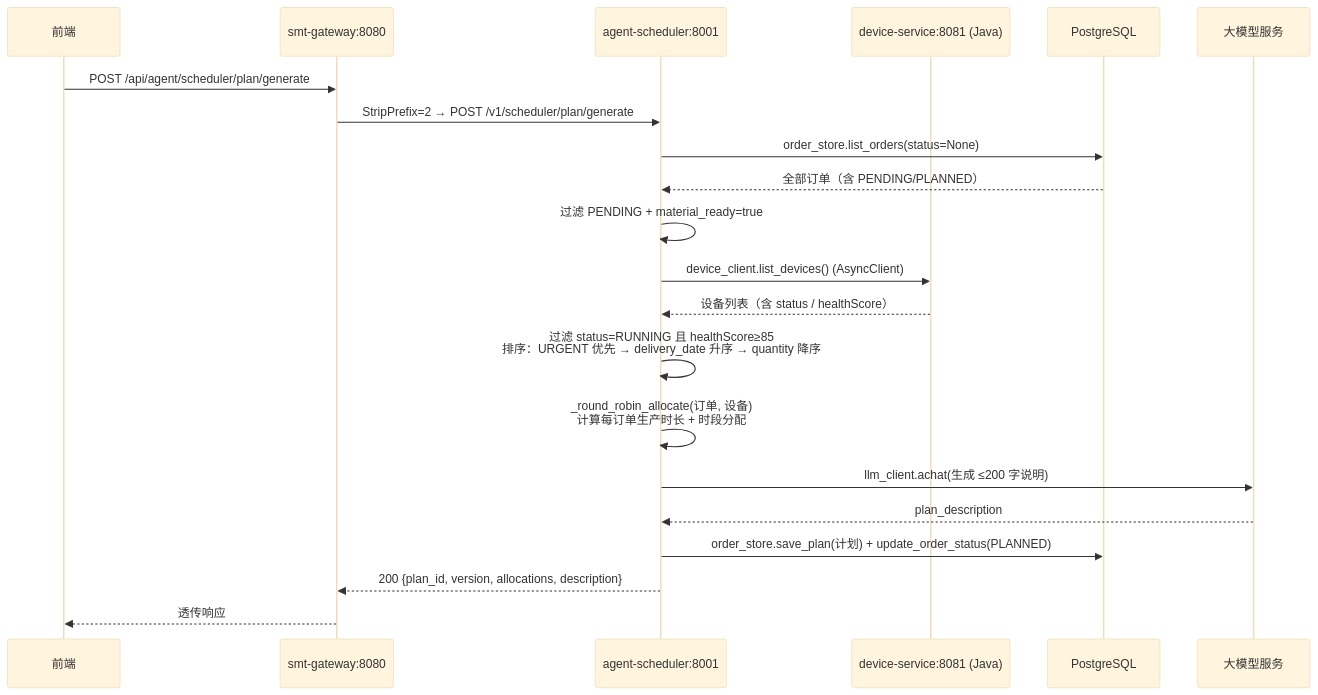
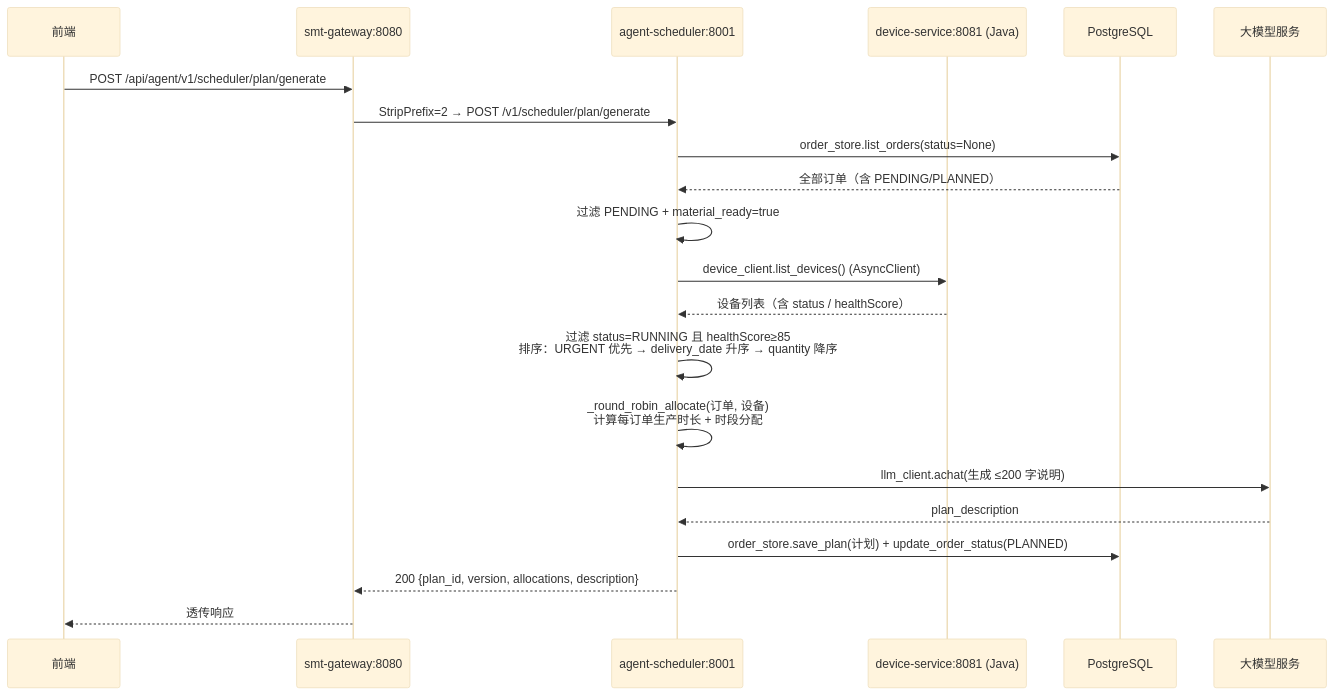
Before and after one commit to north30-dev/smt-agent-platform: the fourth of 7 diagrams in docs/explaination/project-explanation-phase3.md, drawn with Mermaid (base theme). The commit also changed other lines of this file and 46 other files, not shown here.

````diff
--- a/docs/explaination/project-explanation-phase3.md
+++ b/docs/explaination/project-explanation-phase3.md
@@ -330,24 +331,24 @@
 ```mermaid
 sequenceDiagram
     participant FE as 前端
     participant GW as smt-gateway:8080
     participant AS as agent-scheduler:8001
     participant DS as device-service:8081 (Java)
     participant PG as PostgreSQL
     participant LLM as 大模型服务
 
-    FE->>GW: POST /api/agent/scheduler/plan/generate
+    FE->>GW: POST /api/agent/v1/scheduler/plan/generate
     GW->>AS: StripPrefix=2 → POST /v1/scheduler/plan/generate
     AS->>PG: order_store.list_orders(status=None)
     PG-->>AS: 全部订单（含 PENDING/PLANNED）
     AS->>AS: 过滤 PENDING + material_ready=true
     AS->>DS: device_client.list_devices() (AsyncClient)
     DS-->>AS: 设备列表（含 status / healthScore）
     AS->>AS: 过滤 status=RUNNING 且 healthScore≥85<br/>排序：URGENT 优先 → delivery_date 升序 → quantity 降序
     AS->>AS: _round_robin_allocate(订单, 设备)<br/>计算每订单生产时长 + 时段分配
     AS->>LLM: llm_client.achat(生成 ≤200 字说明)
     LLM-->>AS: plan_description
     AS->>PG: order_store.save_plan(计划) + update_order_status(PLANNED)
     AS-->>GW: 200 {plan_id, version, allocations, description}
     GW-->>FE: 透传响应
 ```
````
